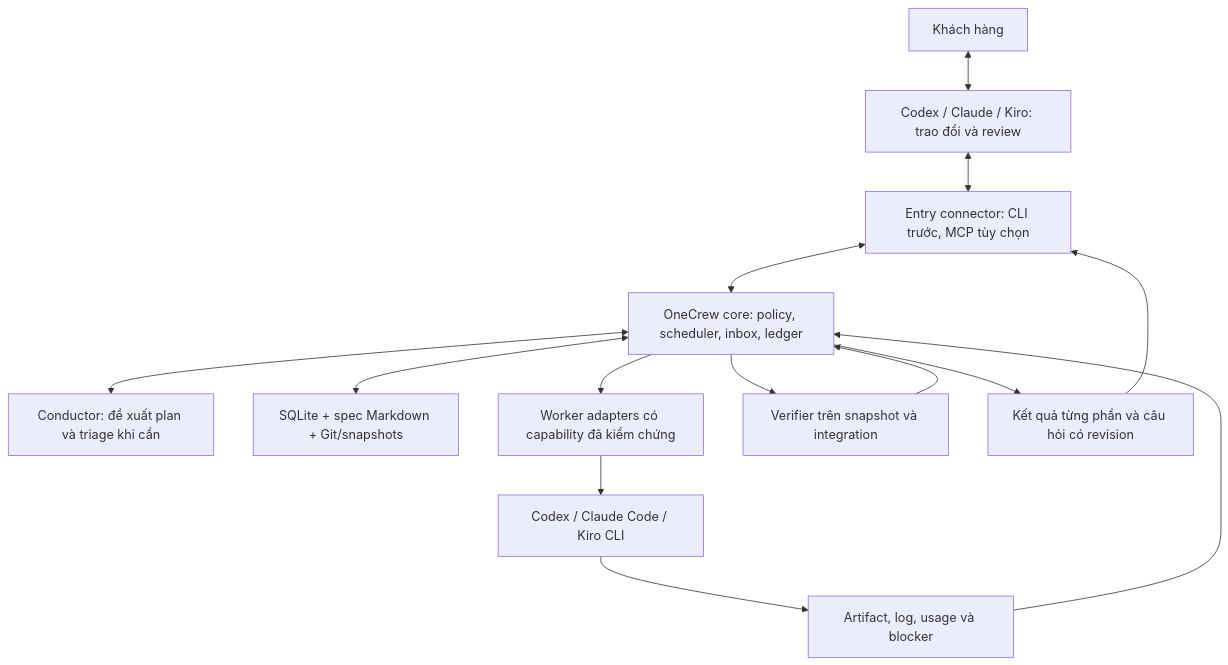
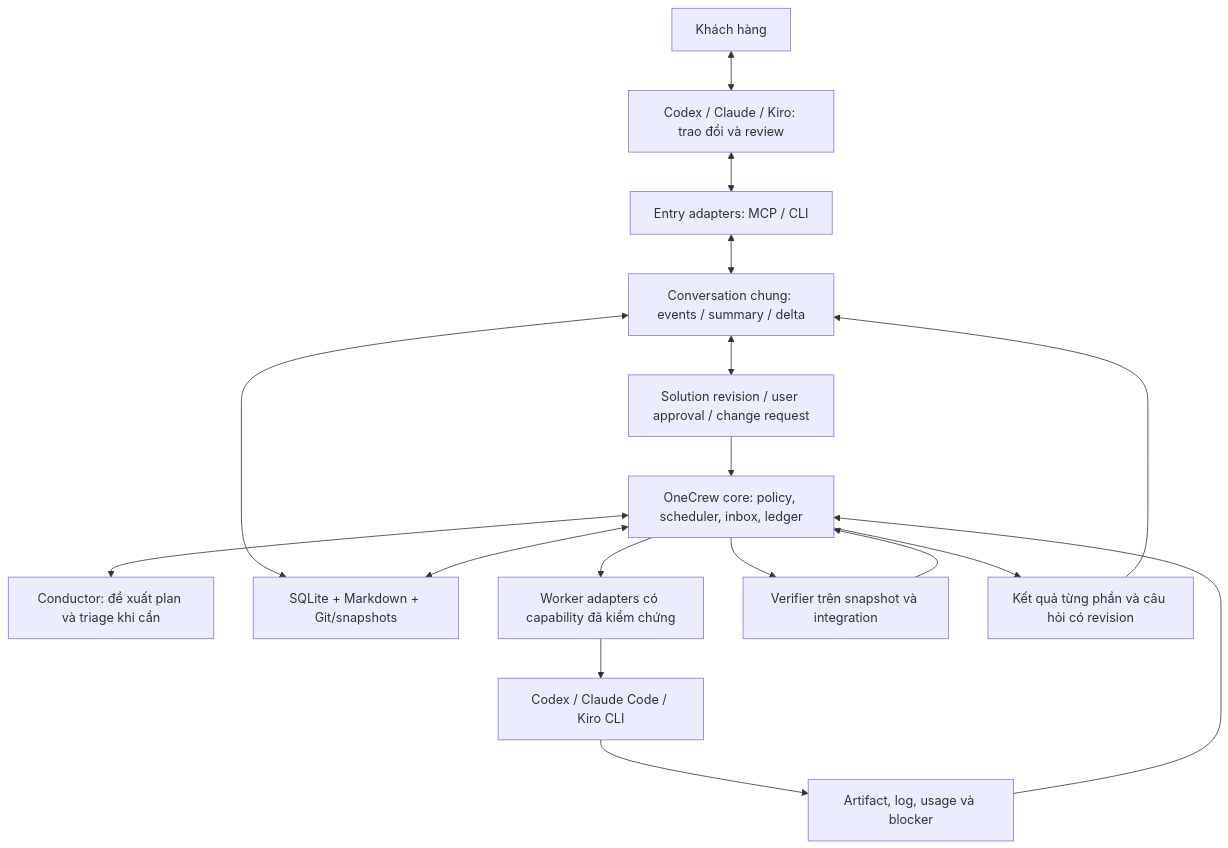
One commit to tamnguyendev/one-crew changed the diagram in docs/architecture.vi.md. Above: the diagram before and after it, drawn with Mermaid. The commit also changed other lines of this file and 7 other files, not shown here.

Commit message:
docs: unify OneCrew conversation solution execution architecture rev8

````diff
--- a/docs/architecture.vi.md
+++ b/docs/architecture.vi.md
@@ -77,16 +96,19 @@
 ```mermaid
 flowchart TD
     U[Khách hàng] <--> E[Codex / Claude / Kiro: trao đổi và review]
-    E <--> C[Entry connector: CLI trước, MCP tùy chọn]
-    C <--> O[OneCrew core: policy, scheduler, inbox, ledger]
+    E <--> C[Entry adapters: MCP / CLI]
+    C <--> H[Conversation chung: events / summary / delta]
+    H <--> S[Solution revision / user approval / change request]
+    S --> O[OneCrew core: policy, scheduler, inbox, ledger]
     O <--> P[Conductor: đề xuất plan và triage khi cần]
-    O <--> S[SQLite + spec Markdown + Git/snapshots]
+    H <--> L[SQLite + Markdown + Git/snapshots]
+    O <--> L
     O --> A[Worker adapters có capability đã kiểm chứng]
     A --> W[Codex / Claude Code / Kiro CLI]
     W --> R[Artifact, log, usage và blocker]
     R --> O
     O --> V[Verifier trên snapshot và integration]
     V --> O
     O --> Q[Kết quả từng phần và câu hỏi có revision]
-    Q --> C
+    Q --> H
 ```
````
